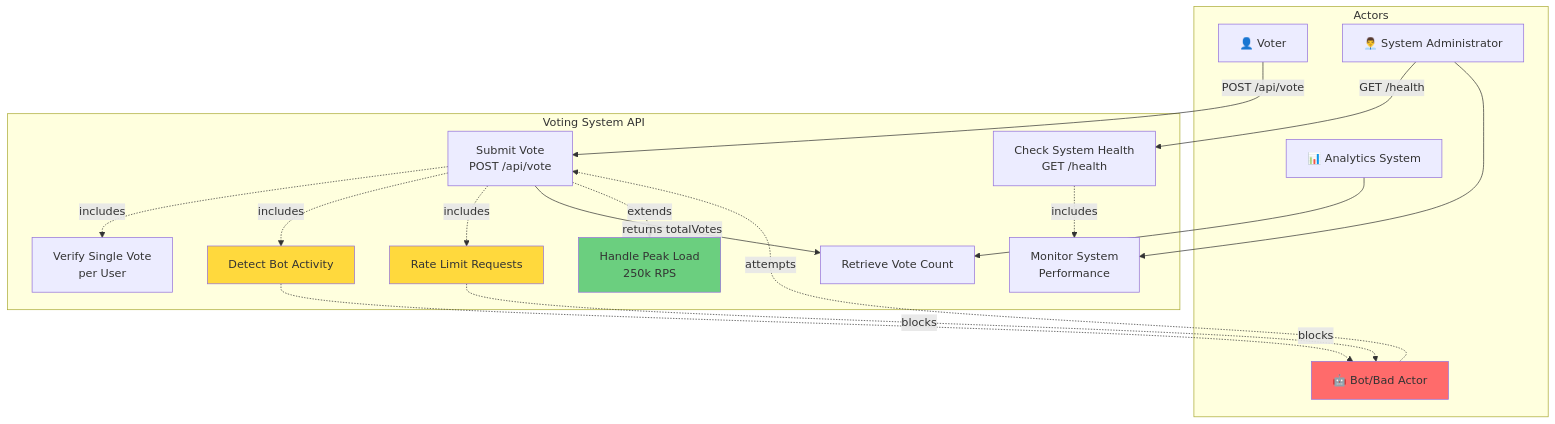
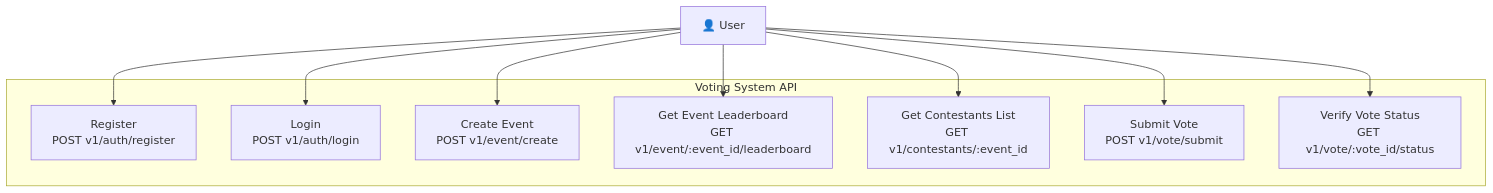
Before and after one commit to vikthorvergara/arch-kata-voting-system: the diagram in use-case-diagram.md, drawn with Mermaid. The commit also changed other lines of this file and 1 other file, not shown here.

Commit message:
fix: Simpler use case diagram

````diff
--- a/use-case-diagram.md
+++ b/use-case-diagram.md
@@ -3,43 +3,22 @@
 ```mermaid
 graph TB
-    subgraph Actors
-        Voter[👤 Voter]
-        Admin[👨‍💼 System Administrator]
-        Analytics[📊 Analytics System]
-        Bot[🤖 Bot/Bad Actor]
+    User[👤 User]
+
+    subgraph "Voting System API"
+        UC1[Register<br/>POST v1/auth/register]
+        UC2[Login<br/>POST v1/auth/login]
+        UC3[Create Event<br/>POST v1/event/create]
+        UC4[Get Event Leaderboard<br/>GET v1/event/:event_id/leaderboard]
+        UC5[Get Contestants List<br/>GET v1/contestants/:event_id]
+        UC6[Submit Vote<br/>POST v1/vote/submit]
+        UC7[Verify Vote Status<br/>GET v1/vote/:vote_id/status]
     end
 
-    subgraph "Voting System API"
-        UC1[Submit Vote<br/>POST /api/vote]
-        UC2[Verify Single Vote<br/>per User]
-        UC3[Check System Health<br/>GET /health]
-        UC4[Detect Bot Activity]
-        UC5[Rate Limit Requests]
-        UC6[Retrieve Vote Count]
-        UC7[Monitor System<br/>Performance]
-        UC8[Handle Peak Load<br/>250k RPS]
-    end
-
-    Voter -->|POST /api/vote| UC1
-    UC1 -.includes.-> UC2
-    UC1 -.includes.-> UC4
-    UC1 -.includes.-> UC5
-    UC1 -->|returns totalVotes| UC6
-
-    Bot -.attempts.-> UC1
-    UC4 -.blocks.-> Bot
-    UC5 -.blocks.-> Bot
-
-    Admin -->|GET /health| UC3
-    Admin --> UC7
-
-    Analytics --> UC6
-
-    UC1 -.extends.-> UC8
-    UC3 -.includes.-> UC7
-
-    style Bot fill:#ff6b6b
-    style UC4 fill:#ffd93d
-    style UC5 fill:#ffd93d
-    style UC8 fill:#6bcf7f
+    User --> UC1
+    User --> UC2
+    User --> UC3
+    User --> UC4
+    User --> UC5
+    User --> UC6
+    User --> UC7
 ```
````
